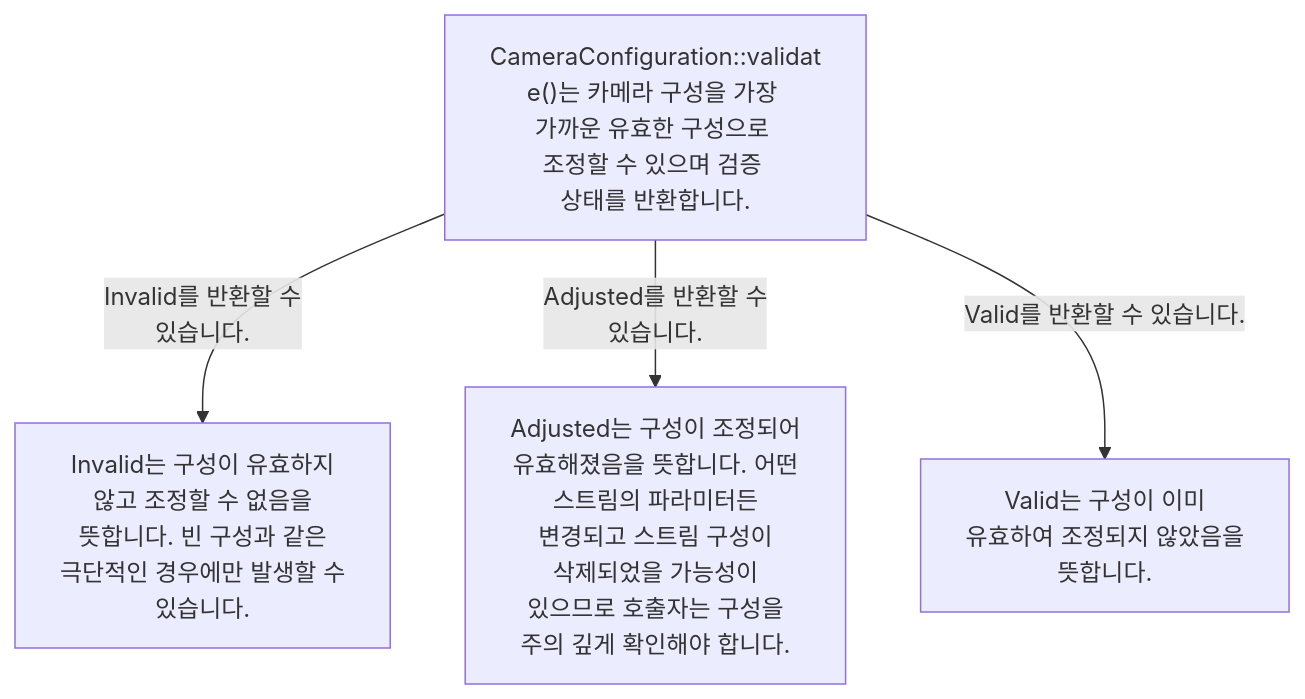
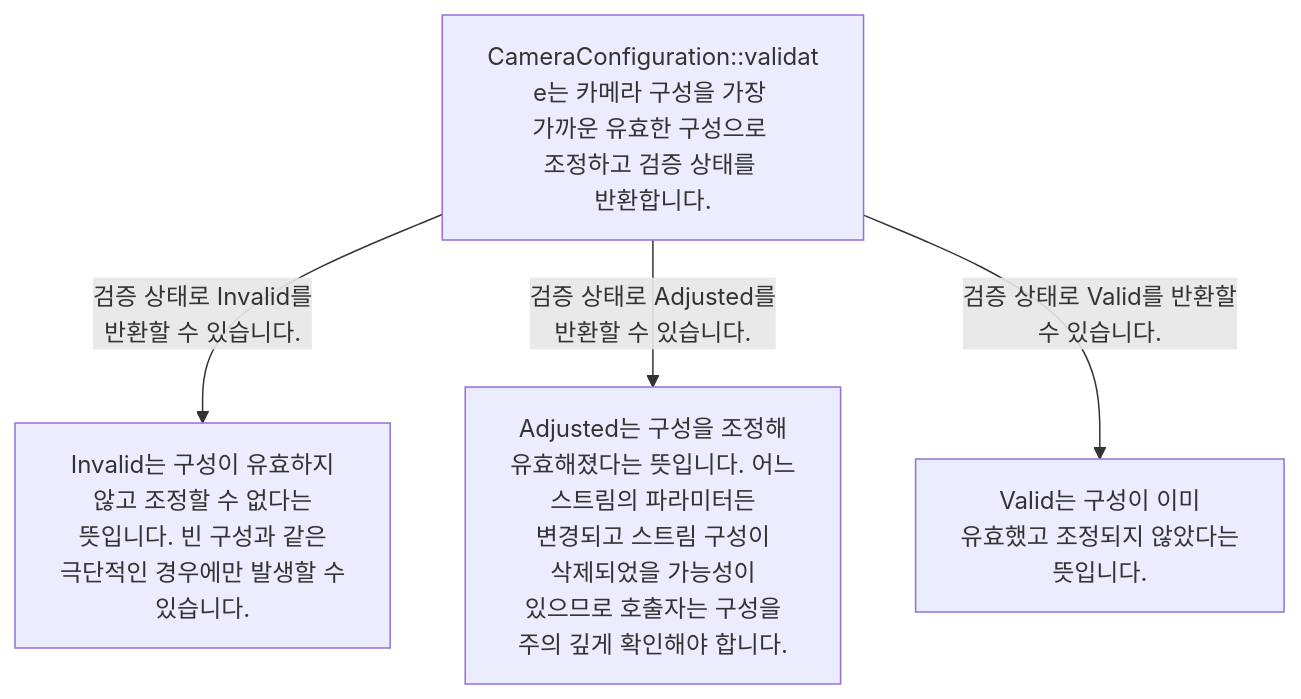
Before and after one commit to TTolsun/libcamera-sdd: the first of 2 diagrams in docs/vendor-assurance.md, drawn with Mermaid. The commit also changed other lines of this file and 110 other files, not shown here.

````diff
--- a/docs/vendor-assurance.md
+++ b/docs/vendor-assurance.md
@@ -37,11 +37,11 @@
 ```mermaid
 flowchart TB
-%% sdd:translations {"Adjusted는 구성이 조정되어 <br/>유효해졌음을 뜻합니다. 어떤 <br/>스트림의 파라미터든 <br/>변경되고 스트림 구성이 <br/>삭제되었을 가능성이 <br/>있으므로 호출자는 구성을 <br/>주의 깊게 확인해야 합니다.": "Adjusted means the <br/>configuration has been <br/>adjusted and is now valid. <br/>Parameters for any stream <br/>may have changed and stream <br/>configurations may have <br/>been removed, so the caller <br/>must check the <br/>configuration carefully.", "Adjusted를 반환할 수 <br/>있습니다.": "It may return Adjusted.", "CameraConfiguration::validat<br/>e()는 카메라 구성을 가장 <br/>가까운 유효한 구성으로 <br/>조정할 수 있으며 검증 <br/>상태를 반환합니다.": "CameraConfiguration::validat<br/>e() may adjust the camera <br/>configuration to the <br/>closest valid configuration <br/>and returns the validation <br/>status.", "Invalid는 구성이 유효하지 <br/>않고 조정할 수 없음을 <br/>뜻합니다. 빈 구성과 같은 <br/>극단적인 경우에만 발생할 수 <br/>있습니다.": "Invalid means the <br/>configuration is invalid <br/>and cannot be adjusted. It <br/>may occur only in extreme <br/>cases, such as an empty <br/>configuration.", "Invalid를 반환할 수 <br/>있습니다.": "It may return Invalid.", "Valid는 구성이 이미 <br/>유효하여 조정되지 않았음을 <br/>뜻합니다.": "Valid means the <br/>configuration was already <br/>valid and has not been <br/>adjusted.", "Valid를 반환할 수 있습니다.": "It may return Valid."}
-  v_n0["CameraConfiguration::validat<br/>e()는 카메라 구성을 가장 <br/>가까운 유효한 구성으로 <br/>조정할 수 있으며 검증 <br/>상태를 반환합니다."]
-  v_n1["Invalid는 구성이 유효하지 <br/>않고 조정할 수 없음을 <br/>뜻합니다. 빈 구성과 같은 <br/>극단적인 경우에만 발생할 수 <br/>있습니다."]
-  v_n2["Adjusted는 구성이 조정되어 <br/>유효해졌음을 뜻합니다. 어떤 <br/>스트림의 파라미터든 <br/>변경되고 스트림 구성이 <br/>삭제되었을 가능성이 <br/>있으므로 호출자는 구성을 <br/>주의 깊게 확인해야 합니다."]
-  v_n3["Valid는 구성이 이미 <br/>유효하여 조정되지 않았음을 <br/>뜻합니다."]
-  v_n0 -->|"Invalid를 반환할 수 <br/>있습니다."| v_n1
-  v_n0 -->|"Adjusted를 반환할 수 <br/>있습니다."| v_n2
-  v_n0 -->|"Valid를 반환할 수 있습니다."| v_n3
+%% sdd:translations {"Adjusted는 구성을 조정해 <br/>유효해졌다는 뜻입니다. 어느 <br/>스트림의 파라미터든 <br/>변경되고 스트림 구성이 <br/>삭제되었을 가능성이 <br/>있으므로 호출자는 구성을 <br/>주의 깊게 확인해야 합니다.": "Adjusted means the <br/>configuration was adjusted <br/>and is now valid. <br/>Parameters for any stream <br/>may have changed and stream <br/>configurations may have <br/>been removed, so the caller <br/>must carefully check the <br/>configuration.", "CameraConfiguration::validat<br/>e는 카메라 구성을 가장 <br/>가까운 유효한 구성으로 <br/>조정하고 검증 상태를 <br/>반환합니다.": "CameraConfiguration::validat<br/>e adjusts the camera <br/>configuration to the <br/>closest valid configuration <br/>and returns the validation <br/>status.", "Invalid는 구성이 유효하지 <br/>않고 조정할 수 없다는 <br/>뜻입니다. 빈 구성과 같은 <br/>극단적인 경우에만 발생할 수 <br/>있습니다.": "Invalid means the <br/>configuration is invalid <br/>and cannot be adjusted. It <br/>may occur only in extreme <br/>cases, such as an empty <br/>configuration.", "Valid는 구성이 이미 <br/>유효했고 조정되지 않았다는 <br/>뜻입니다.": "Valid means the <br/>configuration was already <br/>valid and was not adjusted.", "검증 상태로 Adjusted를 <br/>반환할 수 있습니다.": "It may return Adjusted as <br/>the validation status.", "검증 상태로 Invalid를 <br/>반환할 수 있습니다.": "It may return Invalid as <br/>the validation status.", "검증 상태로 Valid를 반환할 <br/>수 있습니다.": "It may return Valid as the <br/>validation status."}
+  v_n0["CameraConfiguration::validat<br/>e는 카메라 구성을 가장 <br/>가까운 유효한 구성으로 <br/>조정하고 검증 상태를 <br/>반환합니다."]
+  v_n1["Invalid는 구성이 유효하지 <br/>않고 조정할 수 없다는 <br/>뜻입니다. 빈 구성과 같은 <br/>극단적인 경우에만 발생할 수 <br/>있습니다."]
+  v_n2["Adjusted는 구성을 조정해 <br/>유효해졌다는 뜻입니다. 어느 <br/>스트림의 파라미터든 <br/>변경되고 스트림 구성이 <br/>삭제되었을 가능성이 <br/>있으므로 호출자는 구성을 <br/>주의 깊게 확인해야 합니다."]
+  v_n3["Valid는 구성이 이미 <br/>유효했고 조정되지 않았다는 <br/>뜻입니다."]
+  v_n0 -->|"검증 상태로 Invalid를 <br/>반환할 수 있습니다."| v_n1
+  v_n0 -->|"검증 상태로 Adjusted를 <br/>반환할 수 있습니다."| v_n2
+  v_n0 -->|"검증 상태로 Valid를 반환할 <br/>수 있습니다."| v_n3
 ```
````
